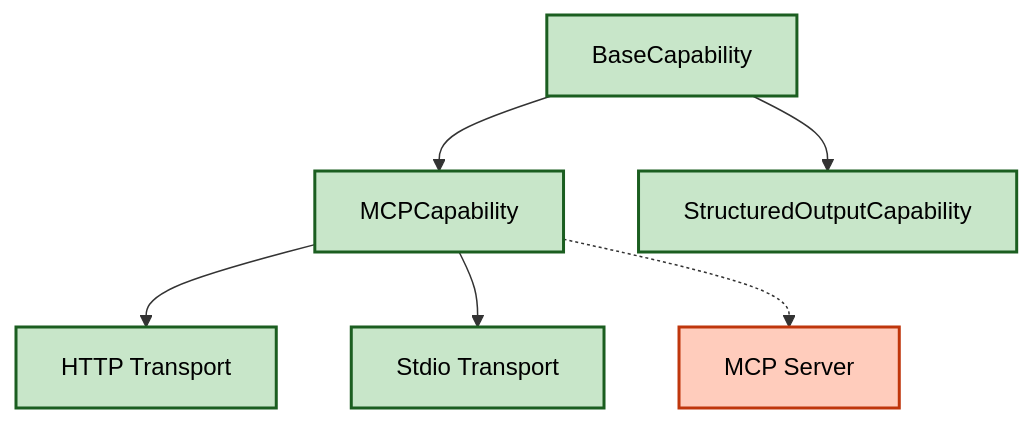
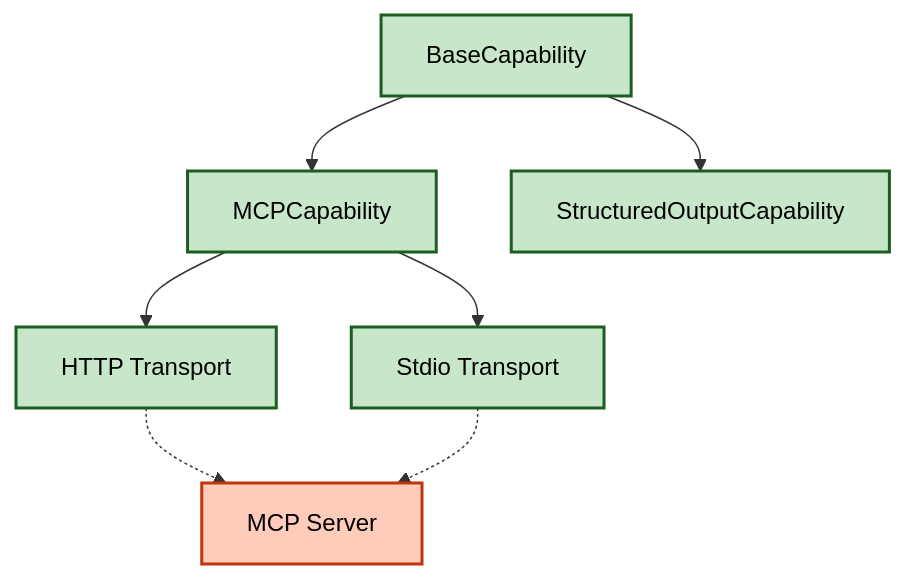
One commit to liamzdenek/ferment-ai changed the third of 8 diagrams in README.md. Above: the diagram before and after it, drawn with Mermaid. The commit also changed other lines of this file, not shown here.

````diff
--- a/README.md
+++ b/README.md
@@ -128,17 +128,18 @@
 ```mermaid
 flowchart TB
     classDef capabilityClass fill:#c8e6c9,stroke:#1b5e20,stroke-width:2px,color:#000000
     classDef externalClass fill:#ffccbc,stroke:#bf360c,stroke-width:2px,color:#000000
     
     BaseCapability[BaseCapability]
     BaseCapability --> MCPCapability[MCPCapability]
     BaseCapability --> StructuredOutputCapability[StructuredOutputCapability]
     
     MCPCapability --> HTTPTransport[HTTP Transport]
     MCPCapability --> StdioTransport[Stdio Transport]
     
-    MCPCapability -.-> MCPServer[MCP Server]
+    HTTPTransport -.-> MCPServer[MCP Server]
+    StdioTransport -.-> MCPServer[MCP Server]
     
     class BaseCapability,MCPCapability,StructuredOutputCapability,HTTPTransport,StdioTransport capabilityClass
     class MCPServer externalClass
 ```
````
